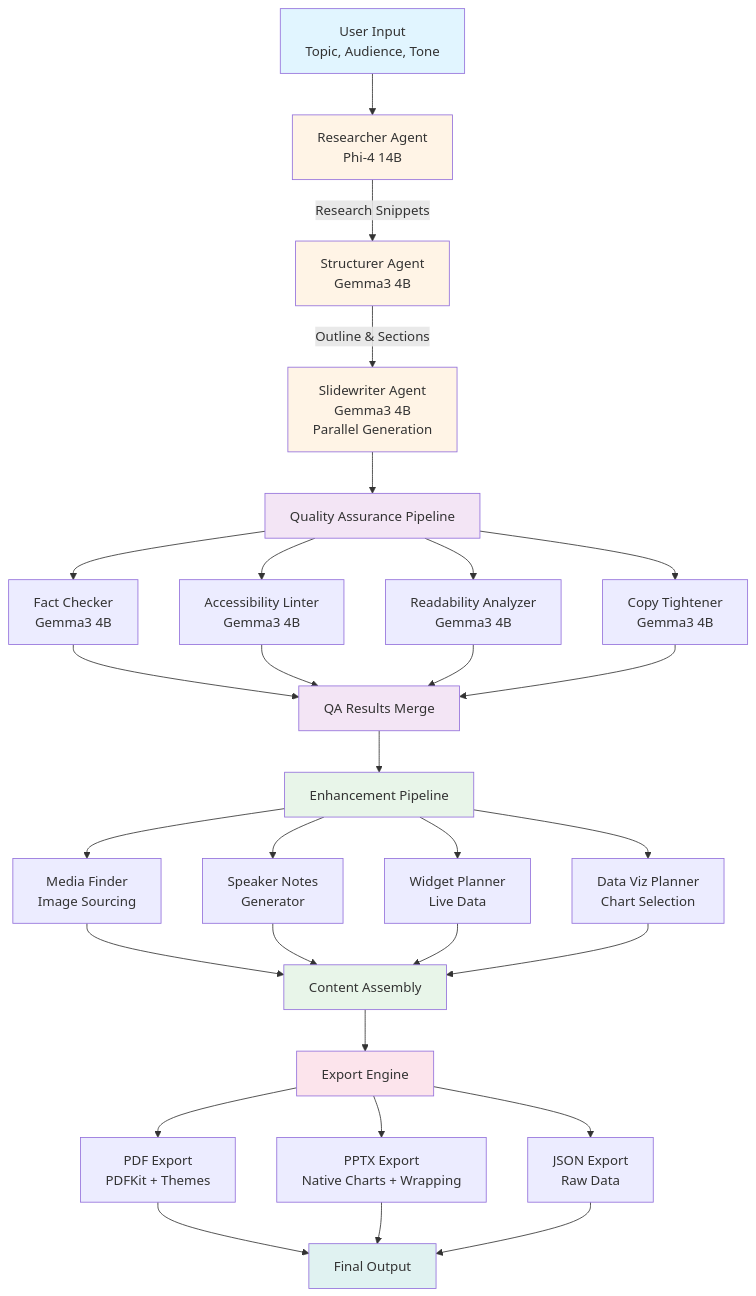
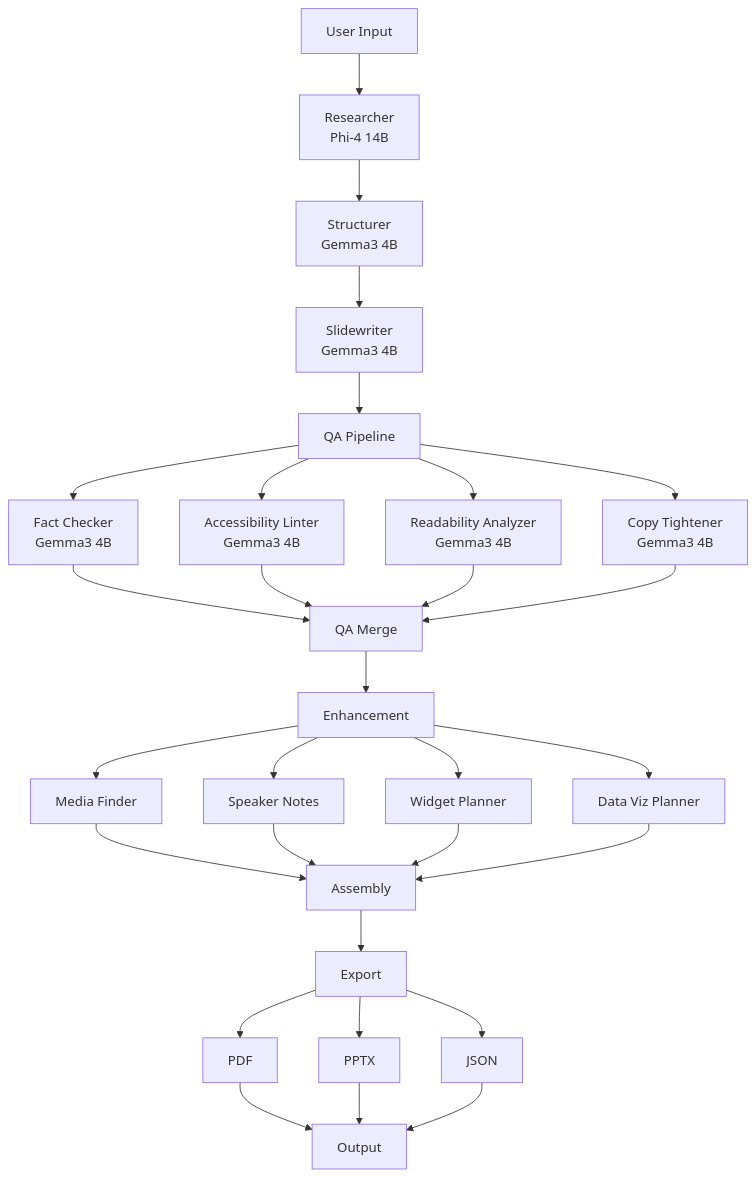
One commit to aryankumawat/SlideSmith changed the first of 3 diagrams in README.md. Above: the diagram before and after it, drawn with Mermaid. The commit also changed other lines of this file, not shown here.

First line of the commit message:
🎨 Simplify Mermaid diagrams for better readability

````diff
--- a/README.md
+++ b/README.md
@@ -48,51 +48,40 @@
 ```mermaid
 graph TD
-    A[User Input<br/>Topic, Audience, Tone] --> B[Researcher Agent<br/>Phi-4 14B]
-    B -->|Research Snippets| C[Structurer Agent<br/>Gemma3 4B]
-    C -->|Outline & Sections| D[Slidewriter Agent<br/>Gemma3 4B<br/>Parallel Generation]
+    A[User Input] --> B[Researcher<br/>Phi-4 14B]
+    B --> C[Structurer<br/>Gemma3 4B]
+    C --> D[Slidewriter<br/>Gemma3 4B]
     
-    D --> E[Quality Assurance Pipeline]
+    D --> E[QA Pipeline]
     
     E --> F1[Fact Checker<br/>Gemma3 4B]
     E --> F2[Accessibility Linter<br/>Gemma3 4B]
     E --> F3[Readability Analyzer<br/>Gemma3 4B]
     E --> F4[Copy Tightener<br/>Gemma3 4B]
     
-    F1 --> G[QA Results Merge]
+    F1 --> G[QA Merge]
     F2 --> G
     F3 --> G
     F4 --> G
     
-    G --> H[Enhancement Pipeline]
+    G --> H[Enhancement]
     
-    H --> I1[Media Finder<br/>Image Sourcing]
-    H --> I2[Speaker Notes<br/>Generator]
-    H --> I3[Widget Planner<br/>Live Data]
-    H --> I4[Data Viz Planner<br/>Chart Selection]
+    H --> I1[Media Finder]
+    H --> I2[Speaker Notes]
+    H --> I3[Widget Planner]
+    H --> I4[Data Viz Planner]
     
-    I1 --> J[Content Assembly]
+    I1 --> J[Assembly]
     I2 --> J
     I3 --> J
     I4 --> J
     
-    J --> K[Export Engine]
+    J --> K[Export]
     
-    K --> L1[PDF Export<br/>PDFKit + Themes]
-    K --> L2[PPTX Export<br/>Native Charts + Wrapping]
-    K --> L3[JSON Export<br/>Raw Data]
+    K --> L1[PDF]
+    K --> L2[PPTX]
+    K --> L3[JSON]
     
-    L1 --> M[Final Output]
+    L1 --> M[Output]
     L2 --> M
     L3 --> M
-    
-    style A fill:#e1f5ff
-    style B fill:#fff4e6
-    style C fill:#fff4e6
-    style D fill:#fff4e6
-    style E fill:#f3e5f5
-    style G fill:#f3e5f5
-    style H fill:#e8f5e9
-    style J fill:#e8f5e9
-    style K fill:#fce4ec
-    style M fill:#e0f2f1
 ```
````
